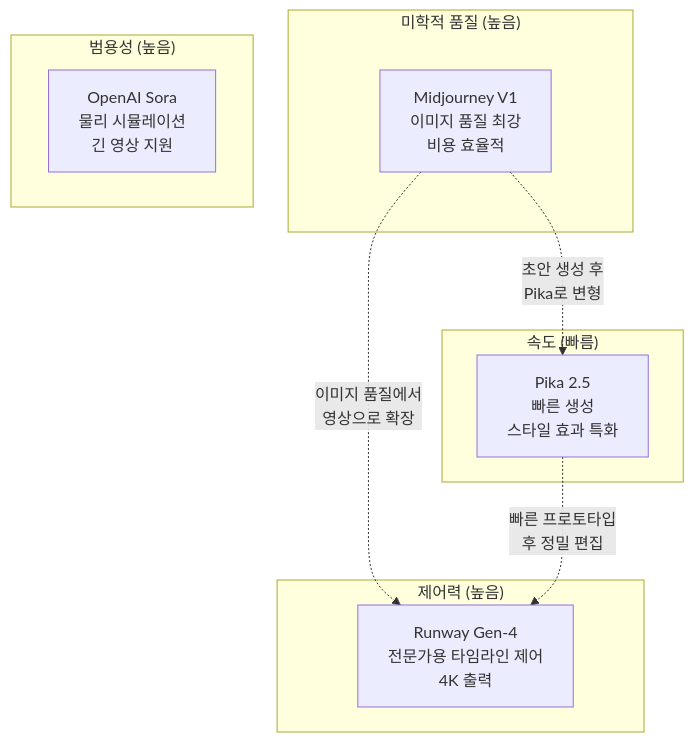
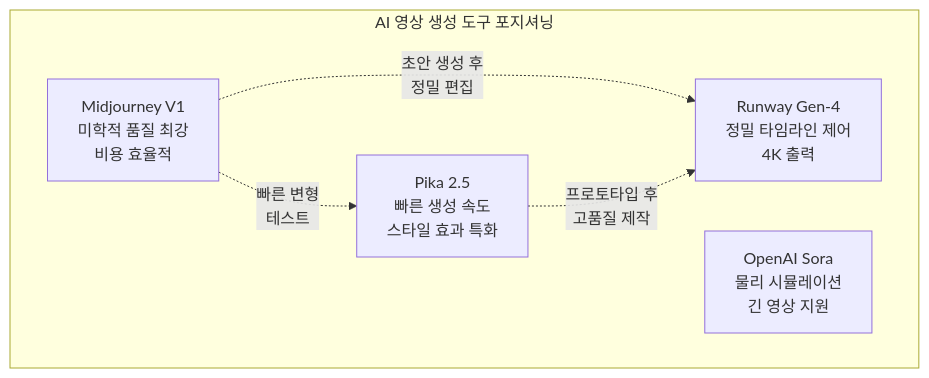
Before and after one commit to jsonpassion/forge-tutorial-promptcanvas: the third of 3 diagrams in 10-ch10-midjourney-영상-생성/01-01-midjourney-비디오-모델-소개.md, drawn with Mermaid. The commit also changed other lines of this file and 63 other files, not shown here.

````diff
--- a/10-ch10-midjourney-영상-생성/01-01-midjourney-비디오-모델-소개.md
+++ b/10-ch10-midjourney-영상-생성/01-01-midjourney-비디오-모델-소개.md
@@ -168,22 +124,12 @@
 ```mermaid
 flowchart TD
-    subgraph 제어력["제어력 (높음)"]
-        RUNWAY["Runway Gen-4<br/>전문가용 타임라인 제어<br/>4K 출력"]
-    end
-    
-    subgraph 미학["미학적 품질 (높음)"]
-        MJ["Midjourney V1<br/>이미지 품질 최강<br/>비용 효율적"]
-    end
-    
-    subgraph 속도["속도 (빠름)"]
-        PIKA["Pika 2.5<br/>빠른 생성<br/>스타일 효과 특화"]
-    end
-    
-    subgraph 범용["범용성 (높음)"]
+    subgraph tools["AI 영상 생성 도구 포지셔닝"]
+        MJ["Midjourney V1<br/>미학적 품질 최강<br/>비용 효율적"]
+        RUNWAY["Runway Gen-4<br/>정밀 타임라인 제어<br/>4K 출력"]
+        PIKA["Pika 2.5<br/>빠른 생성 속도<br/>스타일 효과 특화"]
         SORA["OpenAI Sora<br/>물리 시뮬레이션<br/>긴 영상 지원"]
     end
-    
-    MJ -.->|"이미지 품질에서<br/>영상으로 확장"| RUNWAY
-    PIKA -.->|"빠른 프로토타입<br/>후 정밀 편집"| RUNWAY
-    MJ -.->|"초안 생성 후<br/>Pika로 변형"| PIKA
+    MJ -.->|"초안 생성 후<br/>정밀 편집"| RUNWAY
+    MJ -.->|"빠른 변형<br/>테스트"| PIKA
+    PIKA -.->|"프로토타입 후<br/>고품질 제작"| RUNWAY
 ```
````
